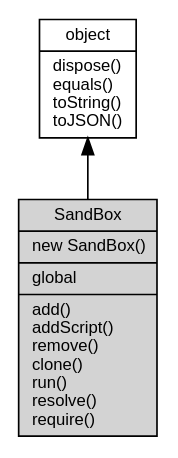
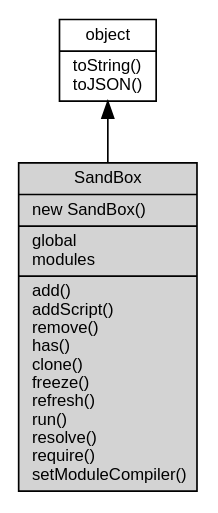
One commit to asionius/fibjs-ceph changed the diagram in docs/object/ifs/SandBox.md. Above: the diagram before and after it, drawn with Graphviz. The commit also changed other lines of this file and 138 other files, not shown here.

````diff
--- a/docs/object/ifs/SandBox.md
+++ b/docs/object/ifs/SandBox.md
@@ -18,10 +18,10 @@
 ```dot
 digraph {
     node [fontname="Helvetica,sans-Serif", fontsize=10, shape="record", style="filled", fillcolor="white"];
 
-    object [tooltip="object", URL="object.md", label="{object|dispose()\lequals()\ltoString()\ltoJSON()\l}"];
-    SandBox [tooltip="SandBox", fillcolor="lightgray", label="{SandBox|new SandBox()\l|global\l|add()\laddScript()\lremove()\lclone()\lrun()\lresolve()\lrequire()\l}"];
+    object [tooltip="object", URL="object.md", label="{object|toString()\ltoJSON()\l}"];
+    SandBox [tooltip="SandBox", fillcolor="lightgray", id="me", label="{SandBox|new SandBox()\l|global\lmodules\l|add()\laddScript()\lremove()\lhas()\lclone()\lfreeze()\lrefresh()\lrun()\lresolve()\lrequire()\lsetModuleCompiler()\l}"];
 
     object -> SandBox [dir=back];
 }
 ```
````
